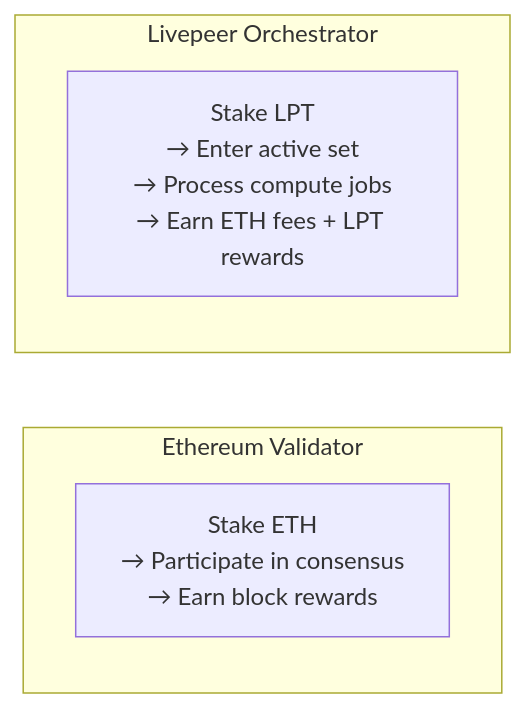
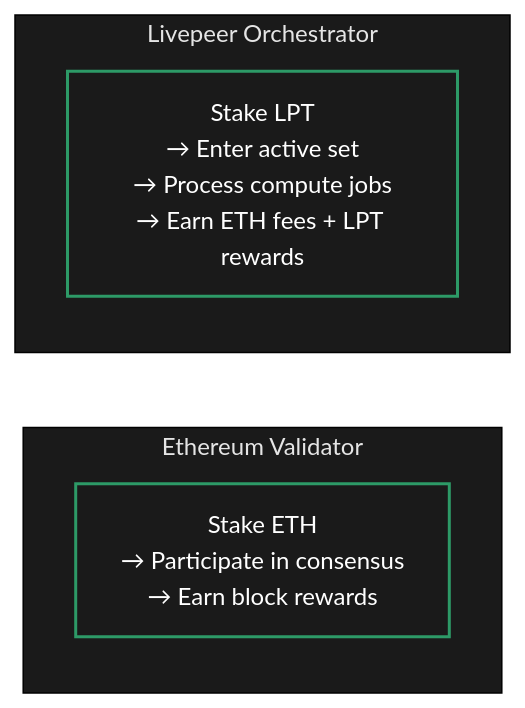
The second of 5 diagrams in v2/orchestrators/concepts/role.mdx (its-DeFine/docs), drawn with Mermaid before and after one commit. The commit also changed other lines of this file and 368 other files, not shown here.

````diff
--- a/v2/orchestrators/concepts/role.mdx
+++ b/v2/orchestrators/concepts/role.mdx
@@ -93,10 +95,12 @@
       ```mermaid
+      %%{init: {'theme': 'base', 'themeVariables': { 'primaryColor': '#1a1a1a', 'primaryTextColor': '#fff', 'primaryBorderColor': '#2d9a67', 'lineColor': '#2d9a67', 'secondaryColor': '#0d0d0d', 'tertiaryColor': '#1a1a1a', 'background': '#0d0d0d', 'fontFamily': 'system-ui' }}}%%
       flowchart LR
           subgraph ETH["Ethereum Validator"]
               A["Stake ETH<br/>→ Participate in consensus<br/>→ Earn block rewards"]
           end
           subgraph LP["Livepeer Orchestrator"]
               B["Stake LPT<br/>→ Enter active set<br/>→ Process compute jobs<br/>→ Earn ETH fees + LPT rewards"]
           end
 
+          classDef default fill:#1a1a1a,color:#fff,stroke:#2d9a67,stroke-width:2px
       ```
````
